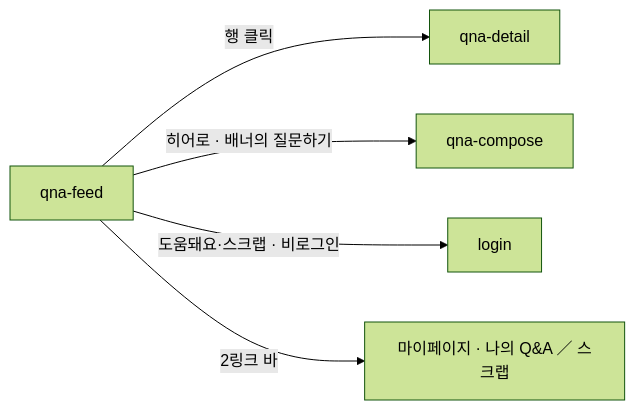
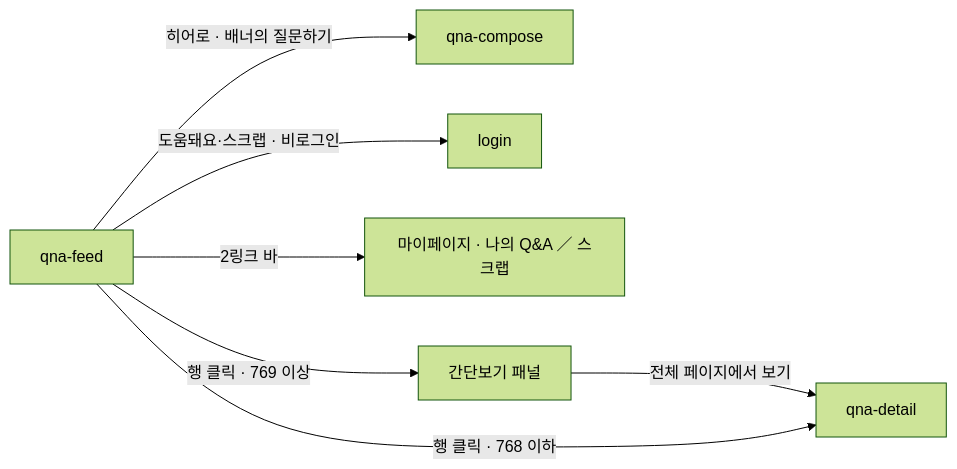
One commit to jisoo-y-mentree/mentree2-pd-fe changed the diagram in design/screens/qna-feed/UI-SPEC.md. Above: the diagram before and after it, drawn with Mermaid (forest theme). The commit also changed other lines of this file and 11 other files, not shown here.

````diff
--- a/design/screens/qna-feed/UI-SPEC.md
+++ b/design/screens/qna-feed/UI-SPEC.md
@@ -215,13 +215,15 @@
 ```mermaid
 flowchart LR
   qa["qna-feed"]
   qad["qna-detail"]
   comp["qna-compose"]
   login["login"]
   mpe["마이페이지 · 나의 Q&A ／ 스크랩"]
 
-  qa -->|"행 클릭"| qad
+  side["간단보기 패널"]
+  qa -->|"행 클릭 · 769 이상"| side -->|"전체 페이지에서 보기"| qad
+  qa -->|"행 클릭 · 768 이하"| qad
   qa -->|"히어로 · 배너의 질문하기"| comp
   qa -->|"도움돼요·스크랩 · 비로그인"| login
   qa -->|"2링크 바"| mpe
 ```
````
